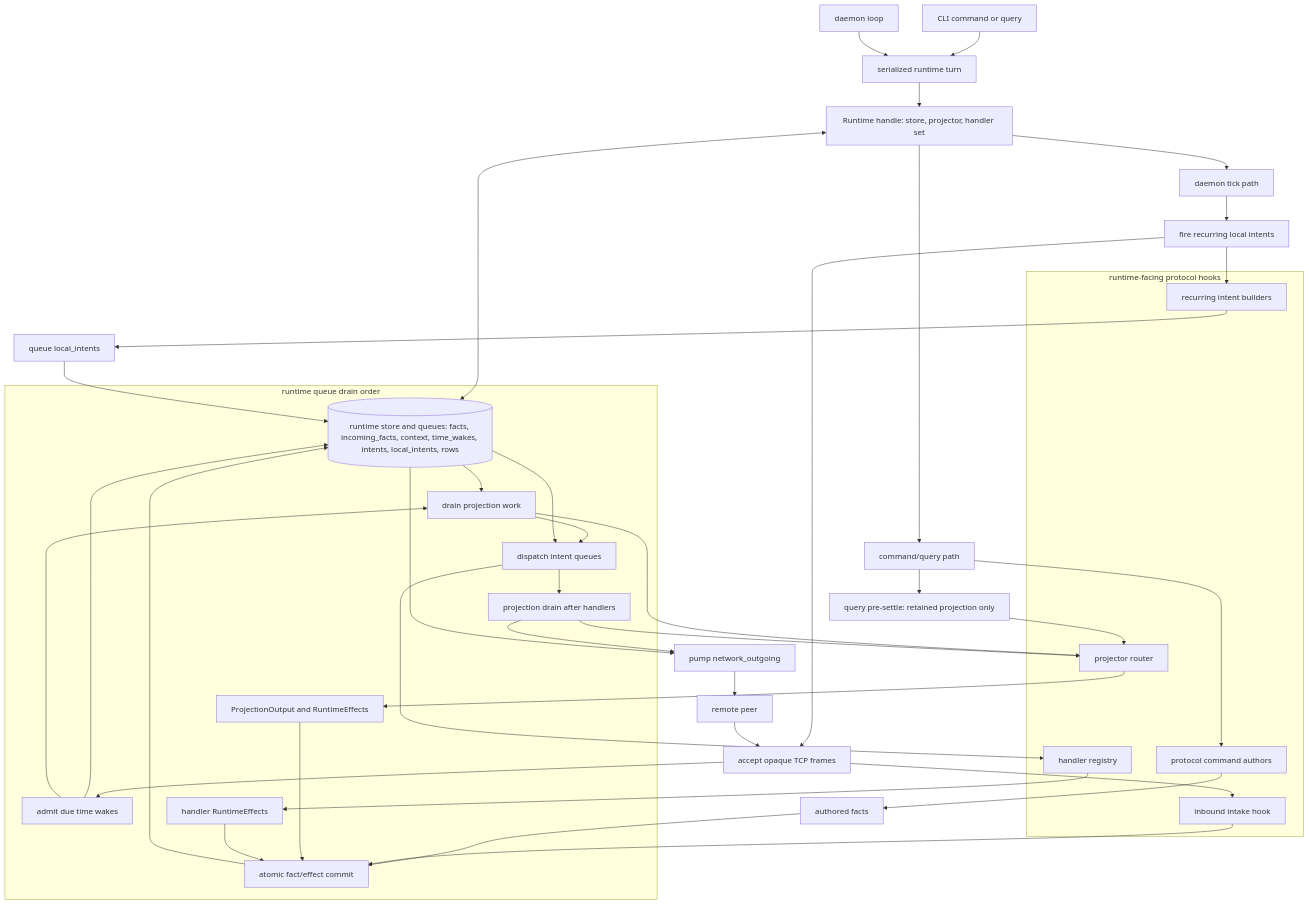
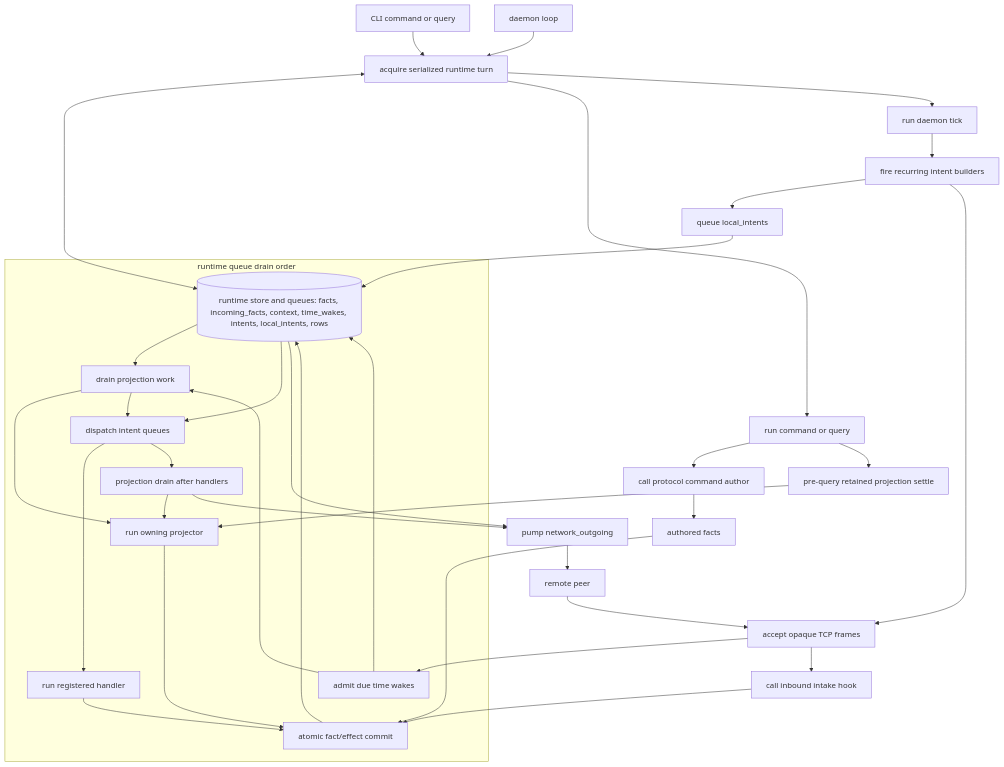
Before and after one commit to holmesworcester/poc-10: the first of 5 diagrams in ARCHITECTURE_DIAGRAMS.md, drawn with Mermaid. The commit also changed other lines of this file and 1 other file, not shown here.

Commit message:
Use action boxes in runtime diagram

````diff
--- a/ARCHITECTURE_DIAGRAMS.md
+++ b/ARCHITECTURE_DIAGRAMS.md
@@ -16,56 +15,43 @@
 ```mermaid
 %%{init: {"flowchart": {"wrappingWidth": 320}} }%%
 flowchart TD
-    CLI["CLI command or query"] --> TURN["serialized runtime turn"]
+    CLI["CLI command or query"] --> TURN["acquire serialized runtime turn"]
     DAEMON["daemon loop"] --> TURN
-    TURN --> RUNTIME["Runtime handle: store, projector, handler set"]
+    TURN <--> STORE[("runtime store and queues: facts, incoming_facts, context, time_wakes, intents, local_intents, rows")]
 
-    RUNTIME <--> STORE[("runtime store and queues: facts, incoming_facts, context, time_wakes, intents, local_intents, rows")]
-
-    subgraph HOOKS["runtime-facing protocol hooks"]
-      COMMANDS["protocol command authors"]
-      INTAKE["inbound intake hook"]
-      PROJECTOR["projector router"]
-      HANDLERS["handler registry"]
-      RECURRING["recurring intent builders"]
-    end
-
-    RUNTIME --> COMMAND_PATH["command/query path"]
-    COMMAND_PATH --> COMMANDS
+    TURN --> COMMAND_PATH["run command or query"]
+    COMMAND_PATH --> COMMANDS["call protocol command author"]
     COMMANDS --> COMMAND_FACTS["authored facts"]
     COMMAND_FACTS --> COMMIT["atomic fact/effect commit"]
-    COMMAND_PATH --> PREQUERY["query pre-settle: retained projection only"]
+    COMMAND_PATH --> PREQUERY["pre-query retained projection settle"]
     PREQUERY --> PROJECTOR
 
-    RUNTIME --> DAEMON_PATH["daemon tick path"]
-    DAEMON_PATH --> FIRE["fire recurring local intents"]
-    FIRE --> RECURRING
-    RECURRING --> LOCAL_QUEUE["queue local_intents"]
+    TURN --> DAEMON_PATH["run daemon tick"]
+    DAEMON_PATH --> FIRE["fire recurring intent builders"]
+    FIRE --> LOCAL_QUEUE["queue local_intents"]
     LOCAL_QUEUE --> STORE
     FIRE --> NET_IN["accept opaque TCP frames"]
-    NET_IN --> INTAKE
+    NET_IN --> INTAKE["call inbound intake hook"]
     INTAKE --> COMMIT
     NET_IN --> TIME["admit due time wakes"]
     TIME --> STORE
 
     subgraph DRAIN["runtime queue drain order"]
       TIME --> PROJECTION_A["drain projection work"]
       STORE --> PROJECTION_A
-      PROJECTION_A --> PROJECTOR
-      PROJECTOR --> PROJECTION_OUT["ProjectionOutput and RuntimeEffects"]
-      PROJECTION_OUT --> COMMIT
+      PROJECTION_A --> PROJECTOR["run owning projector"]
+      PROJECTOR --> COMMIT
       PROJECTION_A --> DISPATCH["dispatch intent queues"]
       STORE --> DISPATCH
-      DISPATCH --> HANDLERS
-      HANDLERS --> HANDLER_OUT["handler RuntimeEffects"]
-      HANDLER_OUT --> COMMIT
+      DISPATCH --> HANDLERS["run registered handler"]
+      HANDLERS --> COMMIT
       DISPATCH --> PROJECTION_B["projection drain after handlers"]
       PROJECTION_B --> PROJECTOR
     end
 
     COMMIT --> STORE
     PROJECTION_B --> NET_OUT["pump network_outgoing"]
     STORE --> NET_OUT
     NET_OUT --> PEER["remote peer"]
     PEER --> NET_IN
 ```
````
